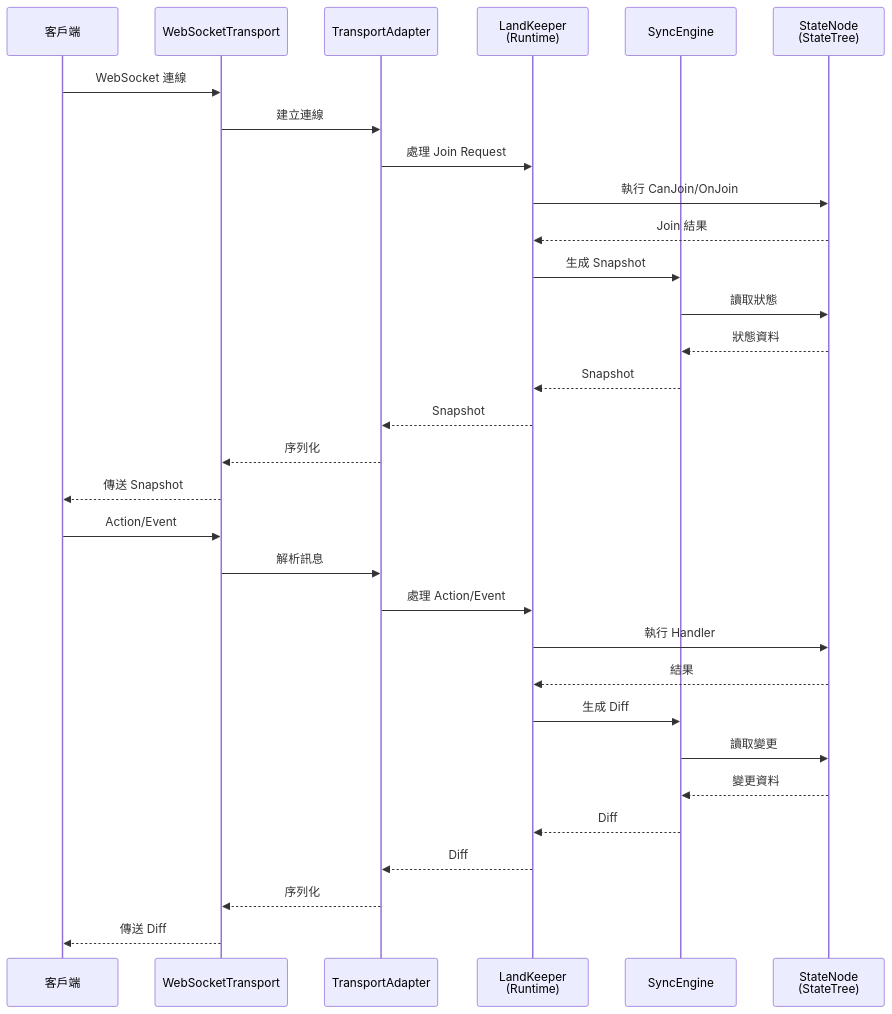
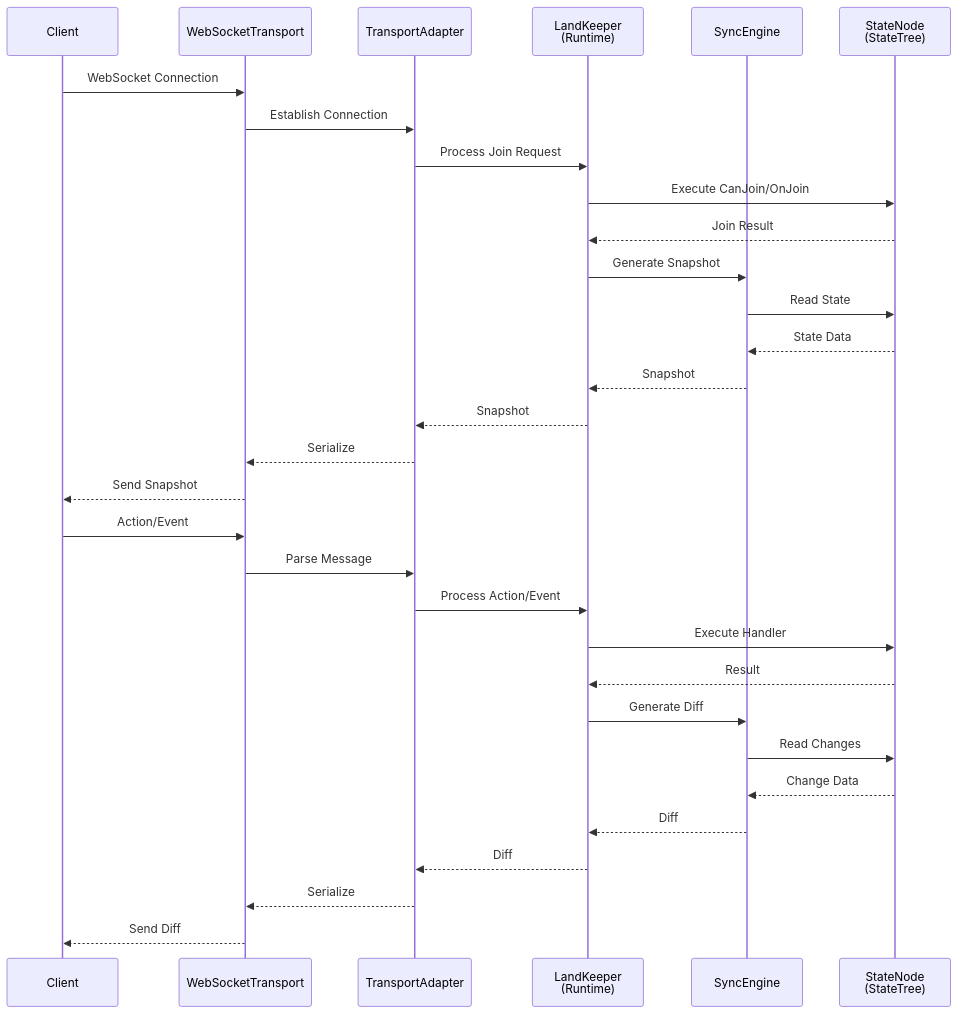
One commit to gmliao/swift-state-tree changed the second of 5 diagrams in docs/overview.md. Above: the diagram before and after it, drawn with Mermaid. The commit also changed other lines of this file and 61 other files, not shown here.

````diff
--- a/docs/overview.md
+++ b/docs/overview.md
@@ -65,35 +67,35 @@
 ```mermaid
 sequenceDiagram
-    participant Client as 客戶端
+    participant Client as Client
     participant WS as WebSocketTransport
     participant Adapter as TransportAdapter
     participant Keeper as LandKeeper<br/>(Runtime)
     participant Sync as SyncEngine
     participant State as StateNode<br/>(StateTree)
     
-    Client->>WS: WebSocket 連線
-    WS->>Adapter: 建立連線
-    Adapter->>Keeper: 處理 Join Request
-    Keeper->>State: 執行 CanJoin/OnJoin
-    State-->>Keeper: Join 結果
-    Keeper->>Sync: 生成 Snapshot
-    Sync->>State: 讀取狀態
-    State-->>Sync: 狀態資料
+    Client->>WS: WebSocket Connection
+    WS->>Adapter: Establish Connection
+    Adapter->>Keeper: Process Join Request
+    Keeper->>State: Execute CanJoin/OnJoin
+    State-->>Keeper: Join Result
+    Keeper->>Sync: Generate Snapshot
+    Sync->>State: Read State
+    State-->>Sync: State Data
     Sync-->>Keeper: Snapshot
     Keeper-->>Adapter: Snapshot
-    Adapter-->>WS: 序列化
-    WS-->>Client: 傳送 Snapshot
+    Adapter-->>WS: Serialize
+    WS-->>Client: Send Snapshot
     
     Client->>WS: Action/Event
-    WS->>Adapter: 解析訊息
-    Adapter->>Keeper: 處理 Action/Event
-    Keeper->>State: 執行 Handler
-    State-->>Keeper: 結果
-    Keeper->>Sync: 生成 Diff
-    Sync->>State: 讀取變更
-    State-->>Sync: 變更資料
+    WS->>Adapter: Parse Message
+    Adapter->>Keeper: Process Action/Event
+    Keeper->>State: Execute Handler
+    State-->>Keeper: Result
+    Keeper->>Sync: Generate Diff
+    Sync->>State: Read Changes
+    State-->>Sync: Change Data
     Sync-->>Keeper: Diff
     Keeper-->>Adapter: Diff
-    Adapter-->>WS: 序列化
-    WS-->>Client: 傳送 Diff
+    Adapter-->>WS: Serialize
+    WS-->>Client: Send Diff
 ```
````
